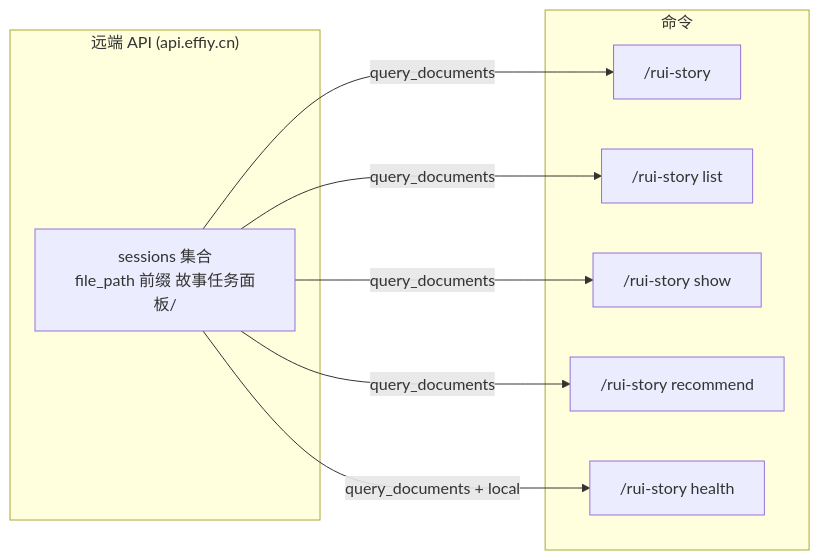
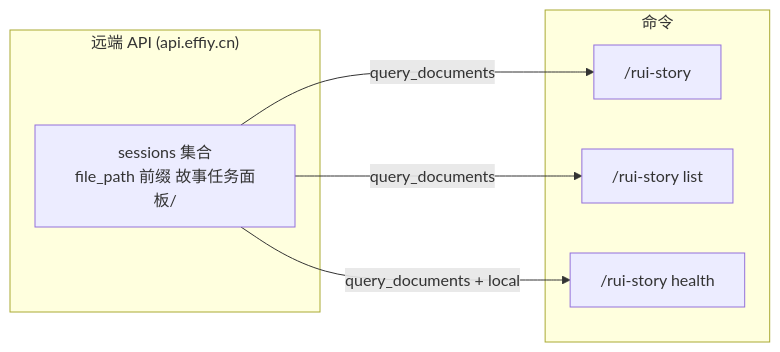
Before and after one commit to effiy/YrY: the second of 12 diagrams in skills/rui-story/SKILL.md, drawn with Mermaid. The commit also changed other lines of this file and 61 other files, not shown here.

````diff
--- a/skills/rui-story/SKILL.md
+++ b/skills/rui-story/SKILL.md
@@ -64,23 +47,17 @@
 ```mermaid
 flowchart LR
     subgraph 远端["远端 API (api.effiy.cn)"]
         SESSIONS["sessions 集合<br/>file_path 前缀 故事任务面板/"]
     end
 
     subgraph 命令["命令"]
         OVERVIEW["/rui-story"]
         LIST["/rui-story list"]
-        SHOW["/rui-story show"]
-        RECOMMEND["/rui-story recommend"]
         HEALTH["/rui-story health"]
     end
 
     SESSIONS -->|"query_documents"| OVERVIEW
     SESSIONS -->|"query_documents"| LIST
-    SESSIONS -->|"query_documents"| SHOW
-    SESSIONS -->|"query_documents"| RECOMMEND
     SESSIONS -->|"query_documents + local"| HEALTH
 
-    classDef api fill:#e3f2fd,stroke:#1565c0;
-    classDef cmd fill:#e8f5e9,stroke:#2e7d32;
 ```
````
